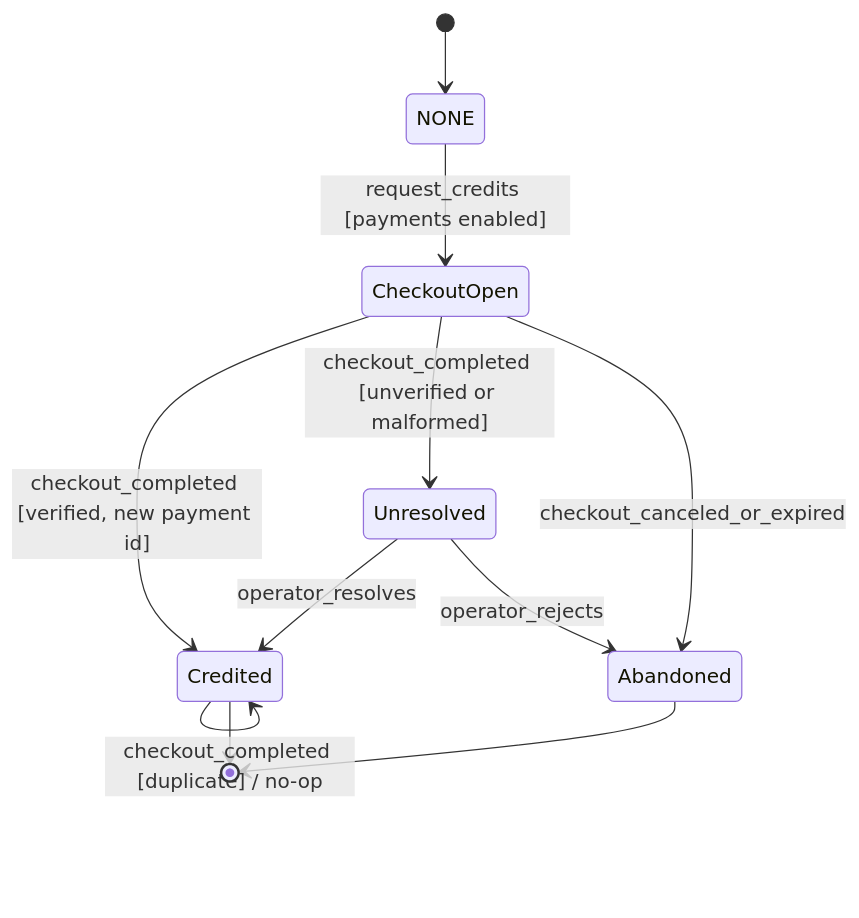
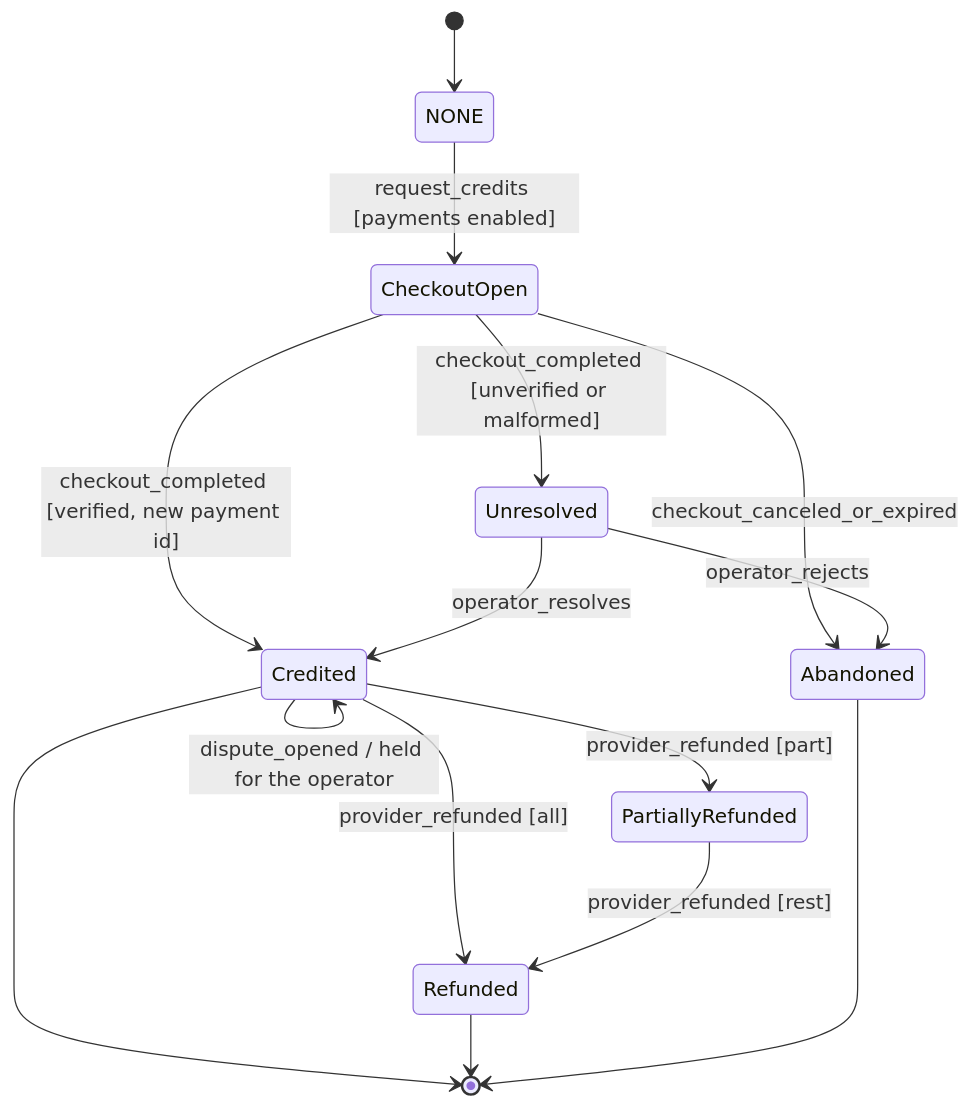
One commit to Zero-State-LLC/Patch-Hive changed the second of 3 diagrams in specs/004-commerce/spec.md. Above: the diagram before and after it, drawn with Mermaid. The commit also changed other lines of this file and 12 other files, not shown here.

````diff
--- a/specs/004-commerce/spec.md
+++ b/specs/004-commerce/spec.md
@@ -325,13 +330,18 @@
 ```mermaid
 stateDiagram-v2
     [*] --> NONE
     NONE --> CheckoutOpen: request_credits [payments enabled]
     CheckoutOpen --> Credited: checkout_completed [verified, new payment id]
     CheckoutOpen --> Unresolved: checkout_completed [unverified or malformed]
     CheckoutOpen --> Abandoned: checkout_canceled_or_expired
     Credited --> Credited: checkout_completed [duplicate] / no-op
     Unresolved --> Credited: operator_resolves
     Unresolved --> Abandoned: operator_rejects
+    Credited --> PartiallyRefunded: provider_refunded [part]
+    Credited --> Refunded: provider_refunded [all]
+    PartiallyRefunded --> Refunded: provider_refunded [rest]
+    Credited --> Credited: dispute_opened / held for the operator
     Credited --> [*]
+    Refunded --> [*]
     Abandoned --> [*]
 ```
````
